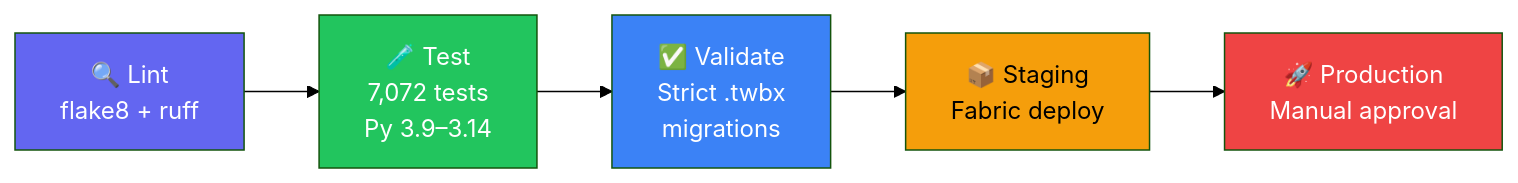
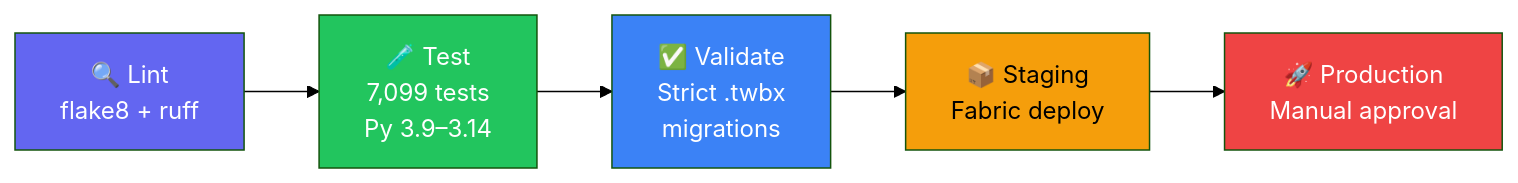
Before and after one commit to cyphou/Tableau-To-PowerBI: the fifth of 5 diagrams in README.md, drawn with Mermaid (forest theme). The commit also changed 10 other files, not shown here.

````diff
--- a/README.md
+++ b/README.md
@@ -846,13 +846,13 @@
 ```mermaid
 flowchart LR
-    L["🔍 Lint\nflake8 + ruff"] --> T["🧪 Test\n7,072 tests\nPy 3.9–3.14"]
+    L["🔍 Lint\nflake8 + ruff"] --> T["🧪 Test\n7,099 tests\nPy 3.9–3.14"]
     T --> V["✅ Validate\nStrict .twbx\nmigrations"]
     V --> S["📦 Staging\nFabric deploy"]
     S --> P["🚀 Production\nManual approval"]
     
     style L fill:#6366f1,color:#fff
     style T fill:#22c55e,color:#fff
     style V fill:#3b82f6,color:#fff
     style S fill:#f59e0b,color:#000
     style P fill:#ef4444,color:#fff
 ```
````
